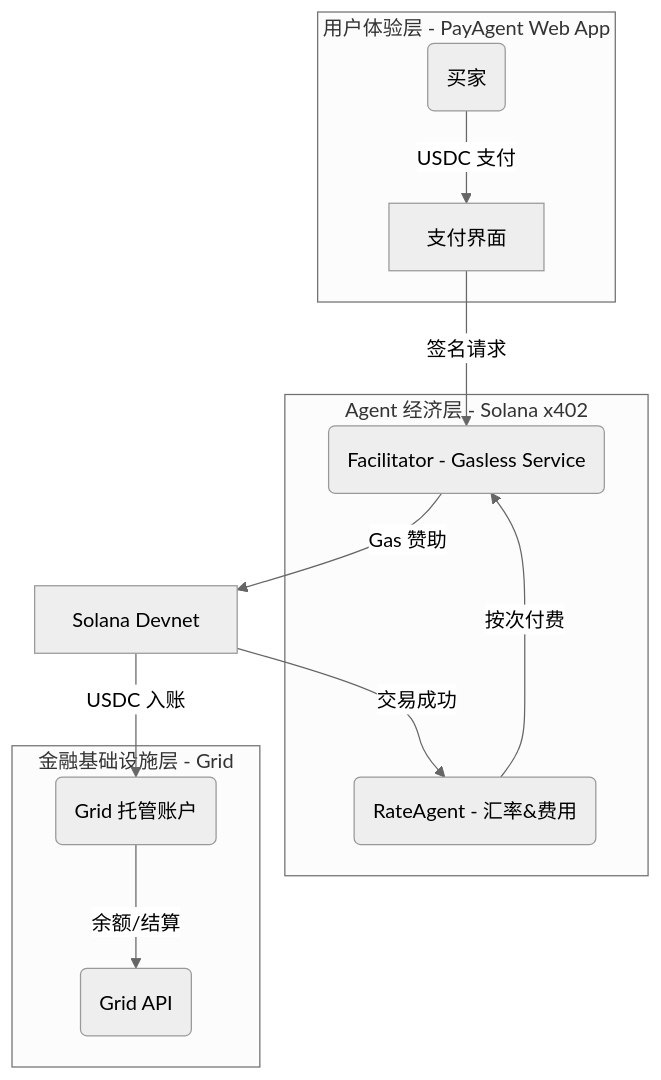
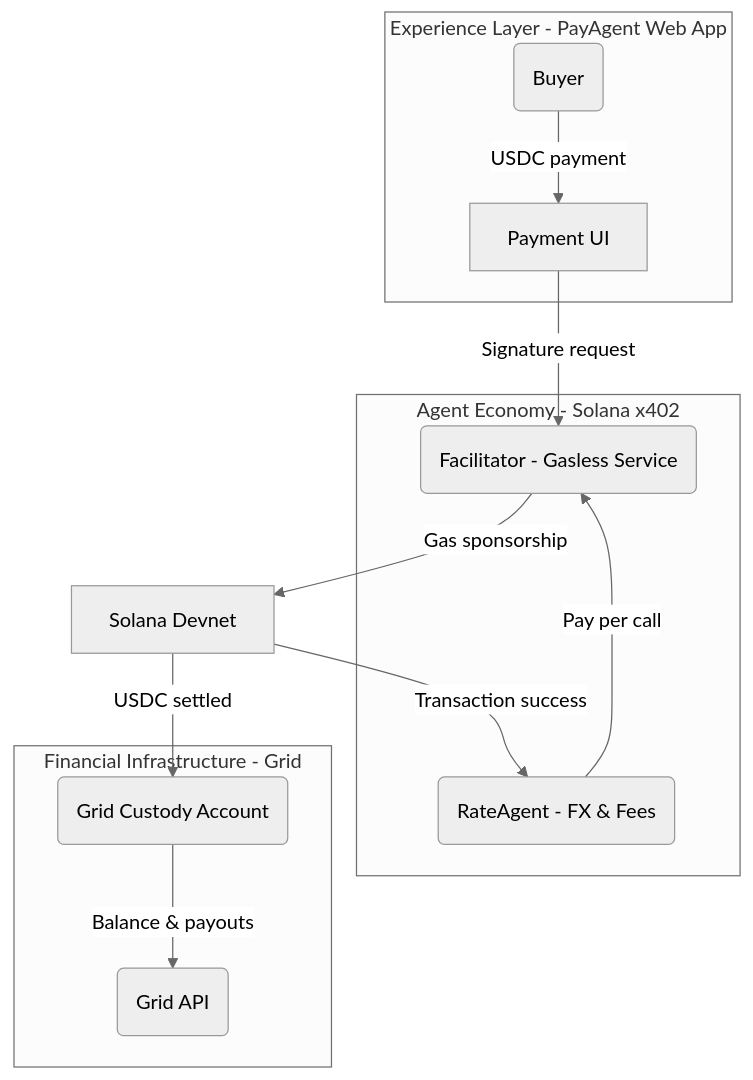
One commit to Kris77z/onepayment-x402 changed the diagram in README.md. Above: the diagram before and after it, drawn with Mermaid (neutral theme). The commit also changed other lines of this file and 2 other files, not shown here.

````diff
--- a/README.md
+++ b/README.md
@@ -32,23 +32,23 @@
 ```mermaid
 graph TD
-    subgraph Web[用户体验层 - PayAgent Web App]
-        Buyer(买家) -->|USDC 支付| UI[支付界面]
+    subgraph Web[Experience Layer - PayAgent Web App]
+        Buyer(Buyer) -->|USDC payment| UI[Payment UI]
     end
 
-    subgraph Agents[Agent 经济层 - Solana x402]
+    subgraph Agents[Agent Economy - Solana x402]
         Fac(Facilitator - Gasless Service)
-        Rate(RateAgent - 汇率&费用)
+        Rate(RateAgent - FX & Fees)
     end
 
-    subgraph Grid[金融基础设施层 - Grid]
-        GAcc(Grid 托管账户)
+    subgraph Grid[Financial Infrastructure - Grid]
+        GAcc(Grid Custody Account)
         GAPI(Grid API)
     end
 
-    UI -->|签名请求| Fac
-    Fac -->|Gas 赞助| Solana[Solana Devnet]
-    Solana -->|交易成功| Rate
-    Rate -->|按次付费| Fac
-    Solana -->|USDC 入账| GAcc
-    GAcc -->|余额/结算| GAPI
+    UI -->|Signature request| Fac
+    Fac -->|Gas sponsorship| Solana[Solana Devnet]
+    Solana -->|Transaction success| Rate
+    Rate -->|Pay per call| Fac
+    Solana -->|USDC settled| GAcc
+    GAcc -->|Balance & payouts| GAPI
 ```
````
